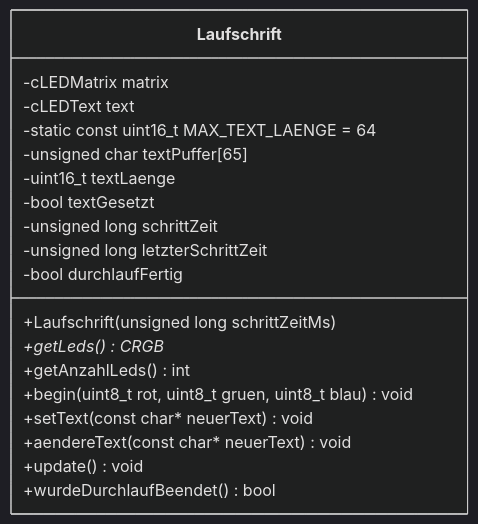
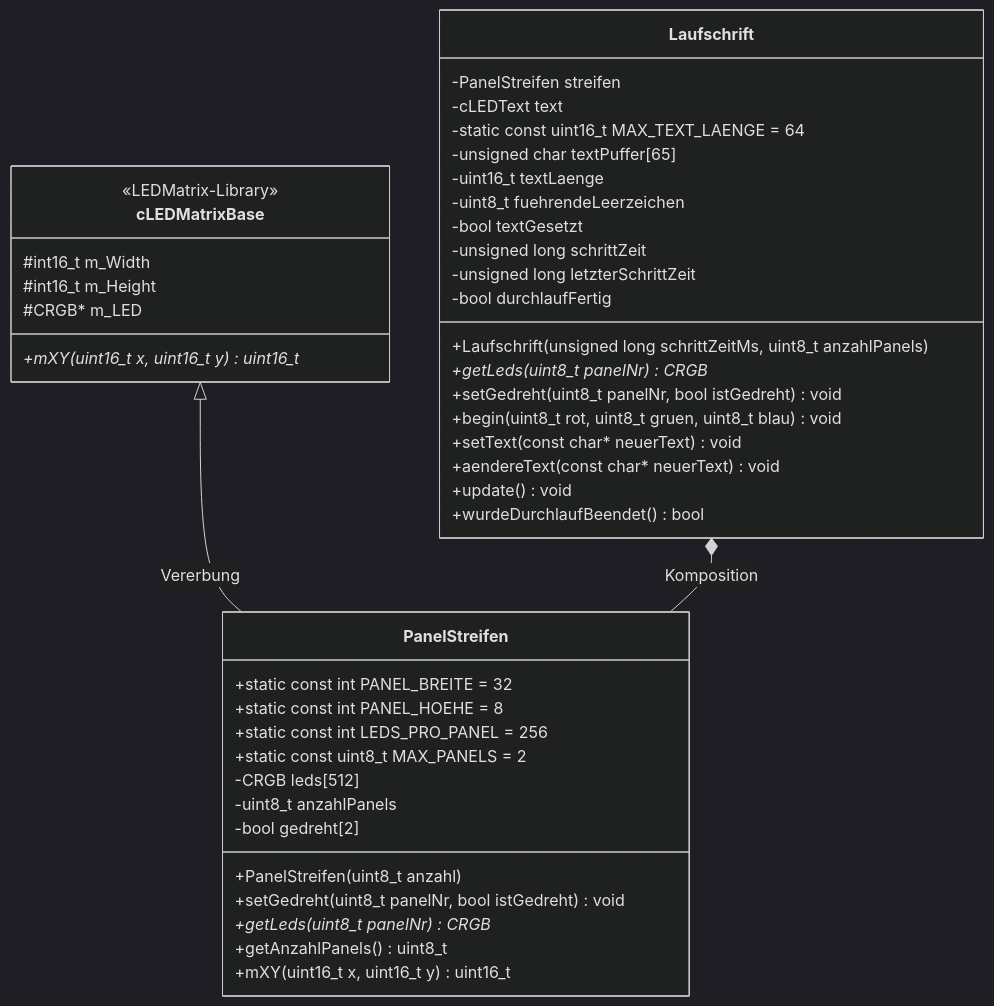
One commit to RedstPhillip/Pixelboard_code changed the fourth of 4 diagrams in documentation/uml.md. Above: the diagram before and after it, drawn with Mermaid (dark theme). The commit also changed other lines of this file and 12 other files, not shown here.

First line of the commit message:
Aufgabe 1 für 2 Panels: Laufschrift läuft oben und danach unten weiter

````diff
--- a/documentation/uml.md
+++ b/documentation/uml.md
@@ -94,22 +93,46 @@
 ```mermaid
 classDiagram
+  class cLEDMatrixBase {
+    <<LEDMatrix-Library>>
+    #int16_t m_Width
+    #int16_t m_Height
+    #CRGB* m_LED
+    +mXY(uint16_t x, uint16_t y)* uint16_t
+  }
+  class PanelStreifen {
+    +static const int PANEL_BREITE = 32
+    +static const int PANEL_HOEHE = 8
+    +static const int LEDS_PRO_PANEL = 256
+    +static const uint8_t MAX_PANELS = 2
+    -CRGB leds[512]
+    -uint8_t anzahlPanels
+    -bool gedreht[2]
+    +PanelStreifen(uint8_t anzahl)
+    +setGedreht(uint8_t panelNr, bool istGedreht) void
+    +getLeds(uint8_t panelNr) CRGB*
+    +getAnzahlPanels() uint8_t
+    +mXY(uint16_t x, uint16_t y) uint16_t
+  }
   class Laufschrift {
-    -cLEDMatrix matrix
+    -PanelStreifen streifen
     -cLEDText text
     -static const uint16_t MAX_TEXT_LAENGE = 64
     -unsigned char textPuffer[65]
     -uint16_t textLaenge
+    -uint8_t fuehrendeLeerzeichen
     -bool textGesetzt
     -unsigned long schrittZeit
     -unsigned long letzterSchrittZeit
     -bool durchlaufFertig
-    +Laufschrift(unsigned long schrittZeitMs)
-    +getLeds() CRGB*
-    +getAnzahlLeds() int
+    +Laufschrift(unsigned long schrittZeitMs, uint8_t anzahlPanels)
+    +getLeds(uint8_t panelNr) CRGB*
+    +setGedreht(uint8_t panelNr, bool istGedreht) void
     +begin(uint8_t rot, uint8_t gruen, uint8_t blau) void
     +setText(const char* neuerText) void
     +aendereText(const char* neuerText) void
     +update() void
     +wurdeDurchlaufBeendet() bool
   }
+  cLEDMatrixBase <|-- PanelStreifen : Vererbung
+  Laufschrift *-- PanelStreifen : Komposition
 ```
````
